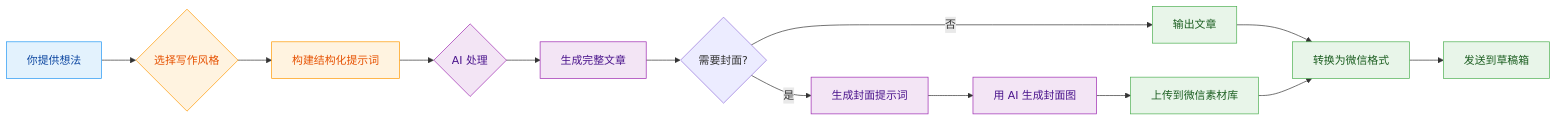
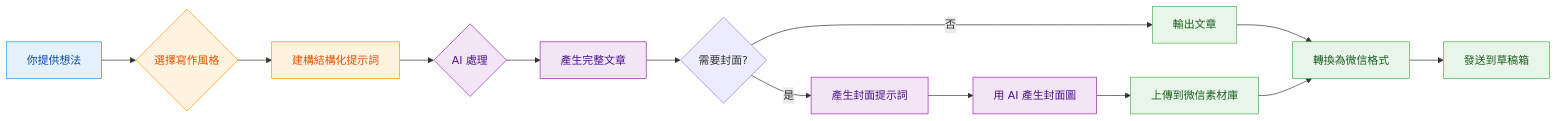
The third of 4 diagrams in README.md (lalawgwg99/InkFlow-Gemini), drawn with Mermaid before and after one commit. The commit also changed other lines of this file and 23 other files, not shown here.

````diff
--- a/README.md
+++ b/README.md
@@ -372,28 +372,28 @@
 ```mermaid
 flowchart LR
-    A[你提供想法] --> B{选择写作风格}
-    B --> C[构建结构化提示词]
+    A[你提供想法] --> B{選擇寫作風格}
+    B --> C[建構結構化提示詞]
 
-    C --> D{AI 处理}
-    D --> E[生成完整文章]
+    C --> D{AI 處理}
+    D --> E[產生完整文章]
 
     E --> F{需要封面?}
-    F -->|是| G[生成封面提示词]
-    F -->|否| H[输出文章]
+    F -->|是| G[產生封面提示詞]
+    F -->|否| H[輸出文章]
 
-    G --> I[用 AI 生成封面图]
-    I --> J[上传到微信素材库]
-    H --> K[转换为微信格式]
+    G --> I[用 AI 產生封面圖]
+    I --> J[上傳到微信素材庫]
+    H --> K[轉換為微信格式]
     J --> K
-    K --> L[发送到草稿箱]
+    K --> L[發送到草稿箱]
 
     classDef idea fill:#e3f2fd,stroke:#2196f3,color:#0d47a1
     classDef creator fill:#fff3e0,stroke:#ff9800,color:#e65100
     classDef ai fill:#f3e5f5,stroke:#9c27b0,color:#4a148c
     classDef output fill:#e8f5e9,stroke:#4caf50,color:#1b5e20
 
     class A idea
     class B,C creator
     class D,E,G,I ai
     class H,J,K,L output
 ```
````
